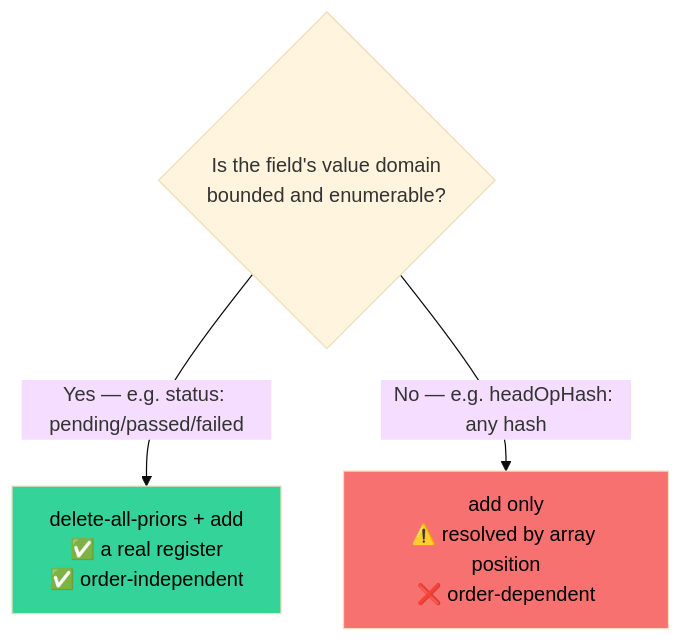
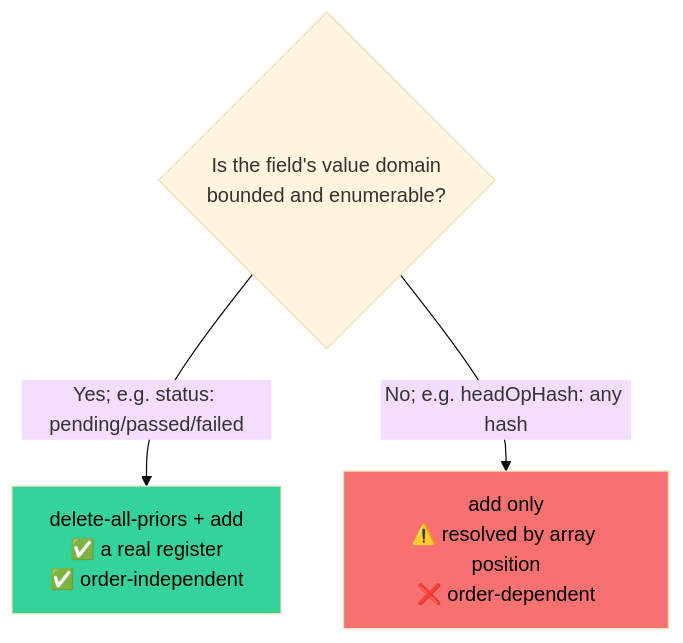
The third of 10 diagrams in docs/planning/spec-v1.1-refs-and-authz.md (trentbrew/trellis), drawn with Mermaid (base theme) before and after one commit. The commit also changed other lines of this file and 218 other files, not shown here.

````diff
--- a/docs/planning/spec-v1.1-refs-and-authz.md
+++ b/docs/planning/spec-v1.1-refs-and-authz.md
@@ -96,9 +96,9 @@
 ```mermaid
 flowchart TD
     Q{"Is the field's value domain<br/>bounded and enumerable?"}
-    Q -->|"Yes — e.g. status: pending/passed/failed"| BOUNDED["delete-all-priors + add<br/>✅ a real register<br/>✅ order-independent"]
-    Q -->|"No — e.g. headOpHash: any hash"| UNBOUNDED["add only<br/>⚠️ resolved by array position<br/>❌ order-dependent"]
+    Q -->|"Yes; e.g. status: pending/passed/failed"| BOUNDED["delete-all-priors + add<br/>✅ a real register<br/>✅ order-independent"]
+    Q -->|"No; e.g. headOpHash: any hash"| UNBOUNDED["add only<br/>⚠️ resolved by array position<br/>❌ order-dependent"]
 
     style BOUNDED fill:#34d399,color:#000
     style UNBOUNDED fill:#f87171,color:#000
 ```
````
